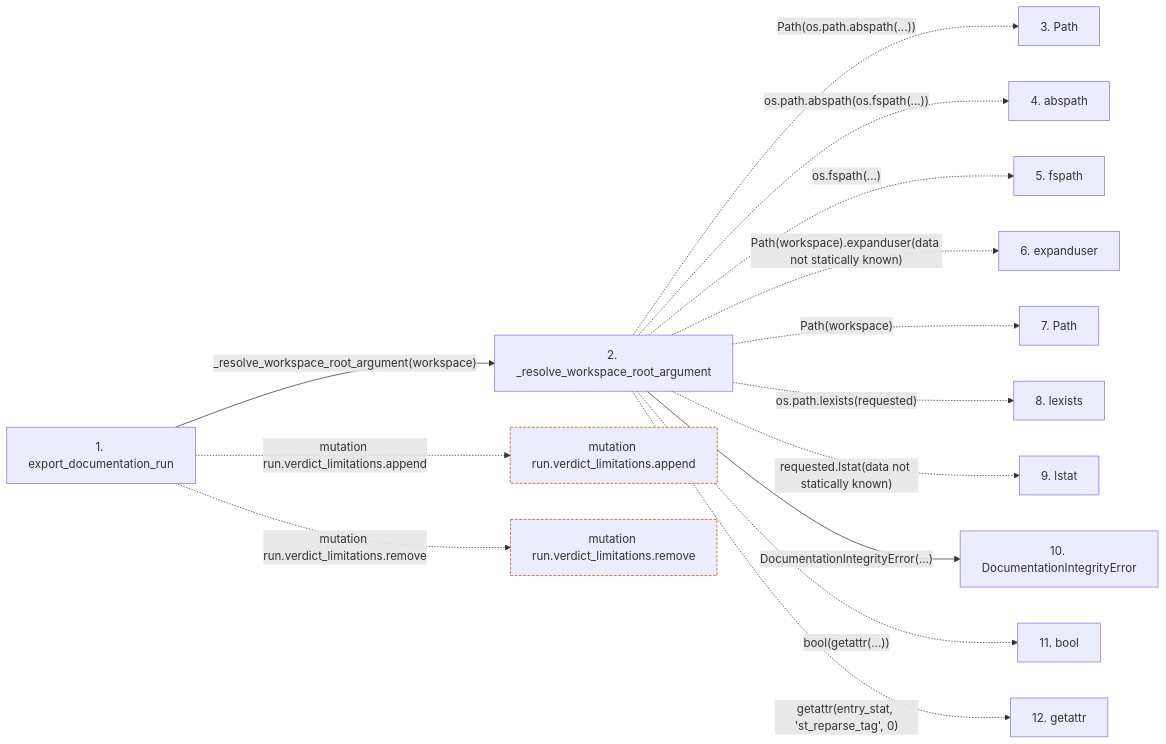
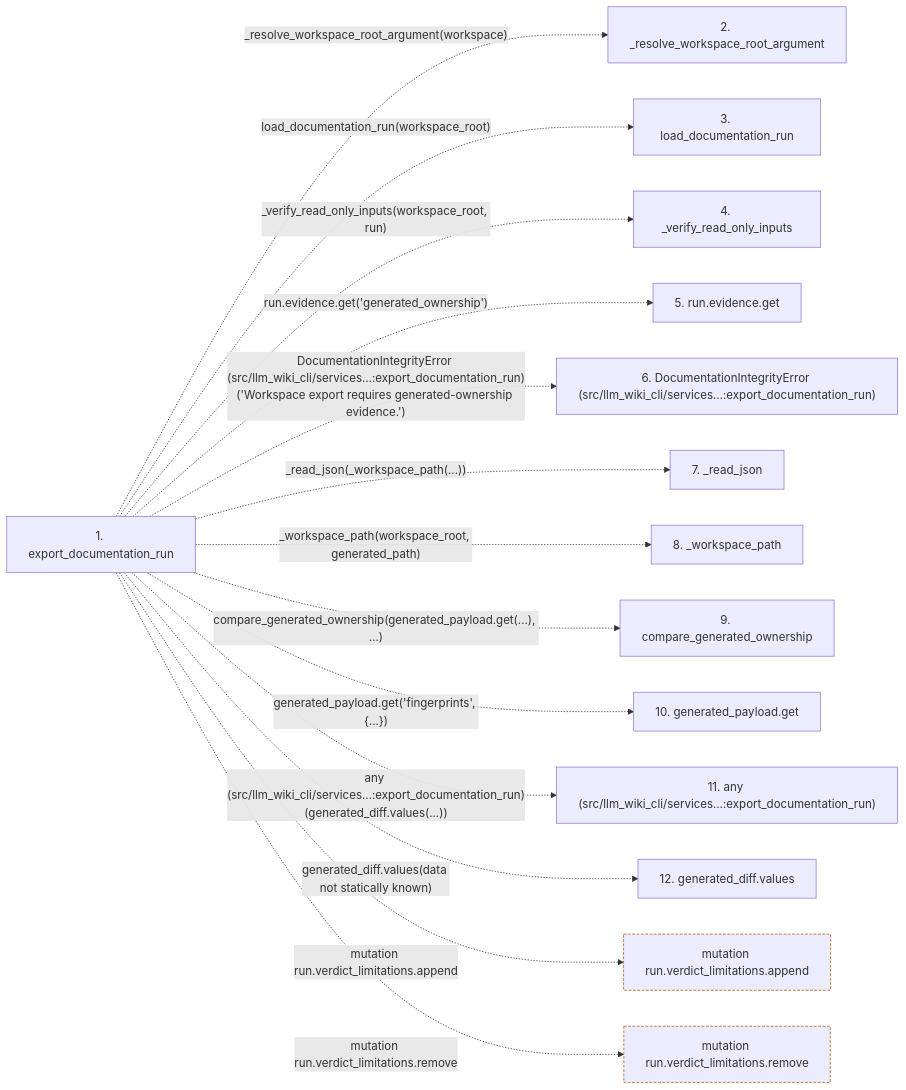
Before and after one commit to Denissvgn/python-wiki-llm: the second of 2 diagrams in docs/llm_wiki/flows/api-export_documentation_run-export.md, drawn with Mermaid. The commit also changed other lines of this file and 719 other files, not shown here.

````diff
--- a/docs/llm_wiki/flows/api-export_documentation_run-export.md
+++ b/docs/llm_wiki/flows/api-export_documentation_run-export.md
@@ -109,36 +92,34 @@
 ```mermaid
 flowchart LR
     s1["1. export_documentation_run"]
     s2["2. _resolve_workspace_root_argument"]
-    s3["3. Path"]
-    s4["4. abspath"]
-    s5["5. fspath"]
-    s6["6. expanduser"]
-    s7["7. Path"]
-    s8["8. lexists"]
-    s9["9. lstat"]
-    s10["10. DocumentationIntegrityError"]
-    s11["11. bool"]
-    s12["12. getattr"]
-    s1 -->|"_resolve_workspace_root_argument(workspace)"| s2
-    s2 -. "Path(os.path.abspath(...))" .-> s3
-    s2 -. "os.path.abspath(os.fspath(...))" .-> s4
-    s2 -. "os.fspath(...)" .-> s5
-    s2 -. "Path(workspace).expanduser(data not statically known)" .-> s6
-    s2 -. "Path(workspace)" .-> s7
-    s2 -. "os.path.lexists(requested)" .-> s8
-    s2 -. "requested.lstat(data not statically known)" .-> s9
-    s2 -->|"DocumentationIntegrityError(...)"| s10
-    s2 -. "bool(getattr(...))" .-> s11
-    s2 -. "getattr(entry_stat, 'st_reparse_tag', 0)" .-> s12
+    s3["3. load_documentation_run"]
+    s4["4. _verify_read_only_inputs"]
+    s5["5. run.evidence.get"]
+    s6["6. DocumentationIntegrityError (src/llm_wiki_cli/services…:export_documentation_run)"]
+    s7["7. _read_json"]
+    s8["8. _workspace_path"]
+    s9["9. compare_generated_ownership"]
+    s10["10. generated_payload.get"]
+    s11["11. any (src/llm_wiki_cli/services…:export_documentation_run)"]
+    s12["12. generated_diff.values"]
+    s1 -. "_resolve_workspace_root_argument(workspace)" .-> s2
+    s1 -. "load_documentation_run(workspace_root)" .-> s3
+    s1 -. "_verify_read_only_inputs(workspace_root, run)" .-> s4
+    s1 -. "run.evidence.get('generated_ownership')" .-> s5
+    s1 -. "DocumentationIntegrityError (src/llm_wiki_cli/services…:export_documentation_run)('Workspace export requires generated-ownership evidence.')" .-> s6
+    s1 -. "_read_json(_workspace_path(...))" .-> s7
+    s1 -. "_workspace_path(workspace_root, generated_path)" .-> s8
+    s1 -. "compare_generated_ownership(generated_payload.get(...), ...)" .-> s9
+    s1 -. "generated_payload.get('fingerprints', {...})" .-> s10
+    s1 -. "any (src/llm_wiki_cli/services…:export_documentation_run)(generated_diff.values(...))" .-> s11
+    s1 -. "generated_diff.values(data not statically known)" .-> s12
     b0["mutation run.verdict_limitations.append"]
     s1 -. "mutation run.verdict_limitations.append" .-> b0
     b1["mutation run.verdict_limitations.remove"]
     s1 -. "mutation run.verdict_limitations.remove" .-> b1
     click s1 "../modules/export.md"
-    click s2 "../modules/workspace.md"
-    click s10 "../modules/documentation_run_contracts.md"
     classDef boundary stroke:#b45309,stroke-dasharray: 4 2
     class b0 boundary
     class b1 boundary
 ```
````
